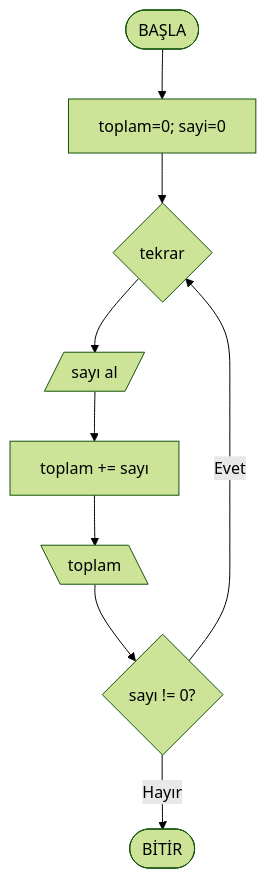
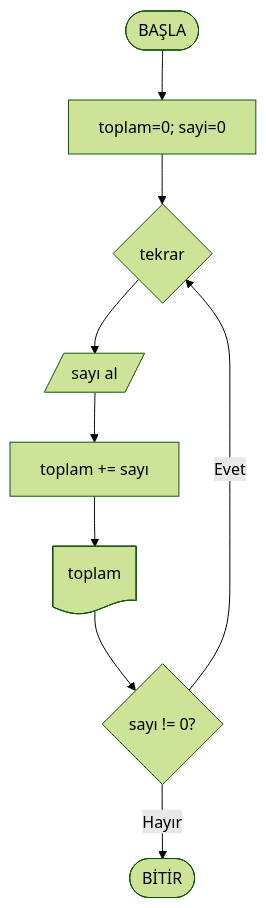
Before and after one commit to ibrahimayaz/Algoritma-ve-Programlamaya-Giris-2025: the fifth of 5 diagrams in Hafta03/ders_icerik.md, drawn with Mermaid (forest theme). The commit also changed other lines of this file and 18 other files, not shown here.

````diff
--- a/Hafta03/ders_icerik.md
+++ b/Hafta03/ders_icerik.md
@@ -555,7 +555,7 @@
 ```mermaid
 flowchart TD
   start([BAŞLA]) --> init[toplam=0; sayi=0]
-  init --> loop{tekrar} --> inNum[/sayı al/] --> add[toplam += sayı] --> show[\toplam\] --> cont{sayı != 0?}
+  init --> loop{tekrar} --> inNum[/sayı al/] --> add[toplam += sayı] --> show@{ shape: doc, label: "toplam" } --> cont{sayı != 0?}
   cont -- Evet --> loop
   cont -- Hayır --> endNode([BİTİR])
 ```
````
